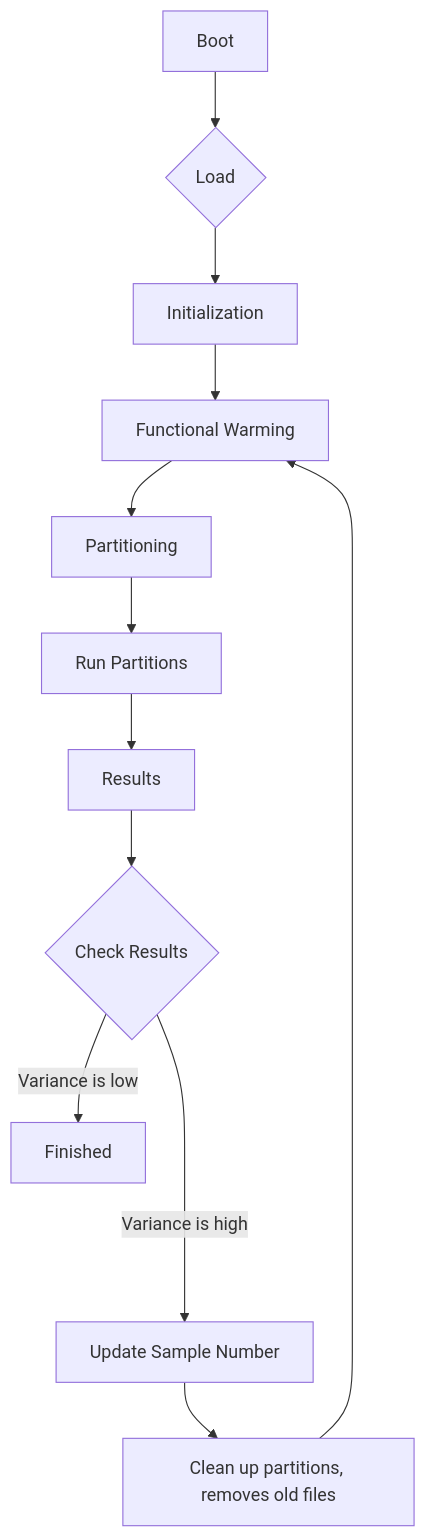
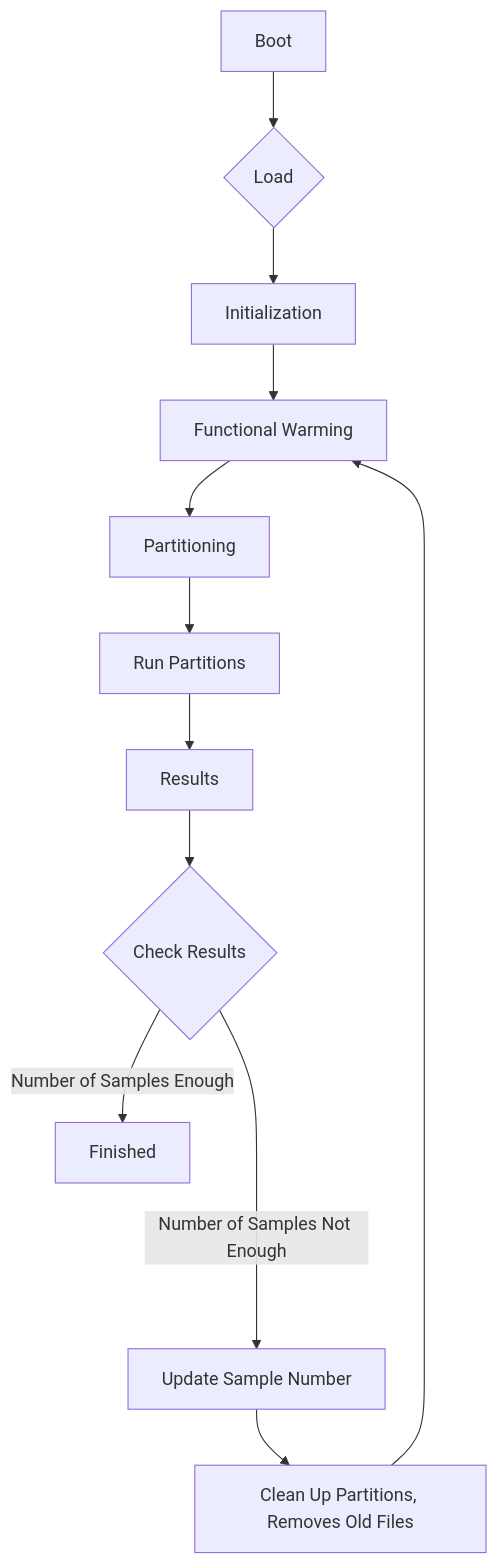
The diagram in mk_docs/quickstart.md (parsa-epfl/qflex), drawn with Mermaid before and after one commit.

Commit message:
update flowchart

````diff
--- a/mk_docs/quickstart.md
+++ b/mk_docs/quickstart.md
@@ -11,14 +11,14 @@
 ``` mermaid
 graph TD
   B[Boot] --> L{Load};
   L --> I[Initialization];
   I --> F[Functional Warming];
   F --> P[Partitioning];
   P --> RP[Run Partitions];
   RP --> R[Results];
   R --> C{Check Results};
-  C -->|Variance is low| Fi[Finished];
-  C ---->|Variance is high| U[Update Sample Number];
-  U --> CleanPartition[Clean up partitions, removes old files];
+  C -->|Number of Samples Enough| Fi[Finished];
+  C ---->|Number of Samples Not Enough| U[Update Sample Number];
+  U --> CleanPartition[Clean Up Partitions, Removes Old Files];
   CleanPartition --> F;
 ```
````
